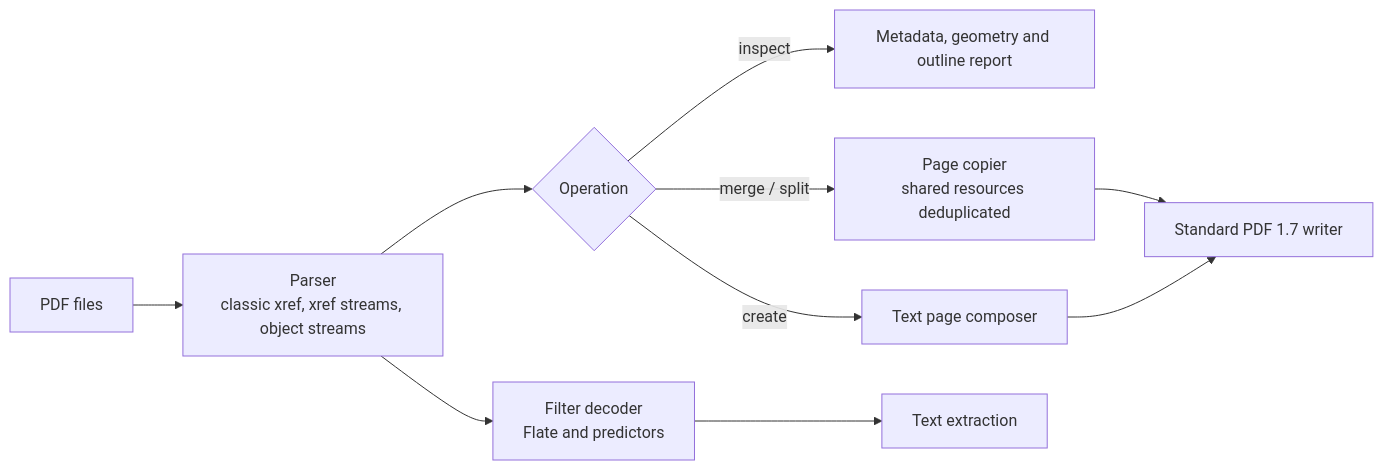
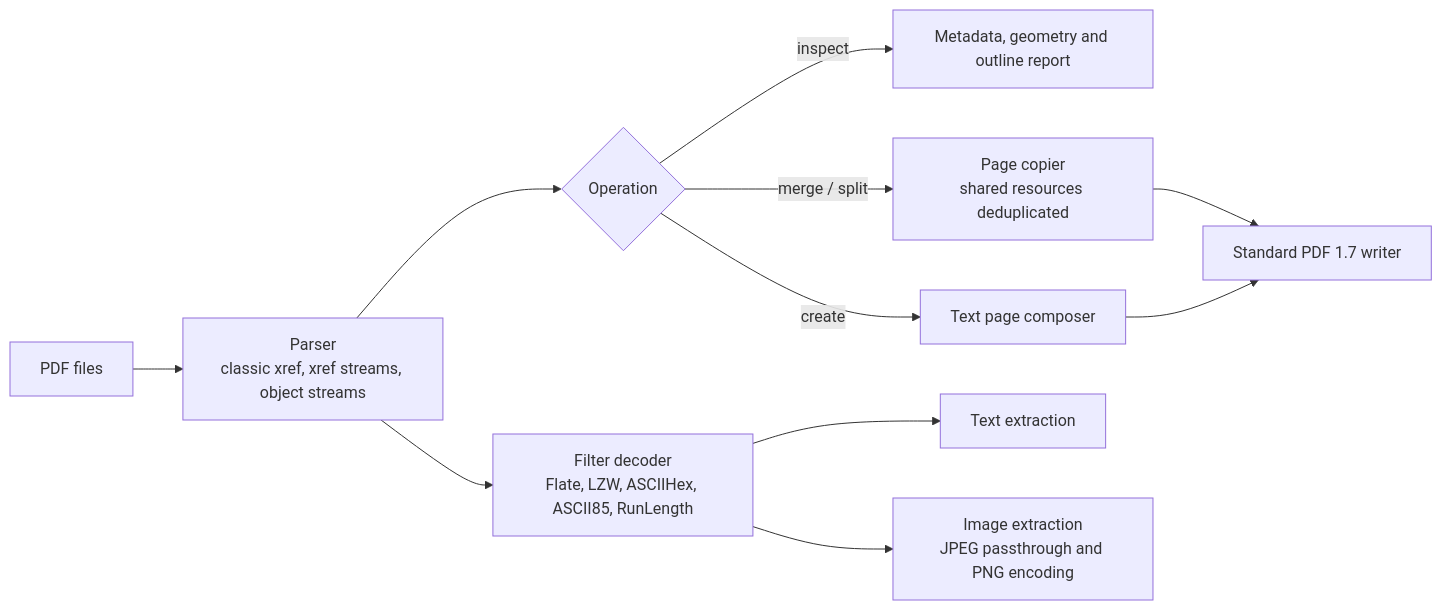
One commit to nyar-os/OpenPDF changed the diagram in readme.md. Above: the diagram before and after it, drawn with Mermaid. The commit also changed other lines of this file and 1 other file, not shown here.

Commit message:
🧪 Cover new filters, image extraction and AcroForm fields

````diff
--- a/readme.md
+++ b/readme.md
@@ -69,12 +78,13 @@
 ```mermaid
 flowchart LR
     A[PDF files] --> B[Parser<br/>classic xref, xref streams, object streams]
     B --> C{Operation}
     C -->|inspect| D[Metadata, geometry and outline report]
     C -->|merge / split| E[Page copier<br/>shared resources deduplicated]
     C -->|create| F[Text page composer]
     E --> G[Standard PDF 1.7 writer]
     F --> G
-    B --> H[Filter decoder<br/>Flate and predictors]
+    B --> H[Filter decoder<br/>Flate, LZW, ASCIIHex, ASCII85, RunLength]
     H --> I[Text extraction]
+    H --> J[Image extraction<br/>JPEG passthrough and PNG encoding]
 ```
````
